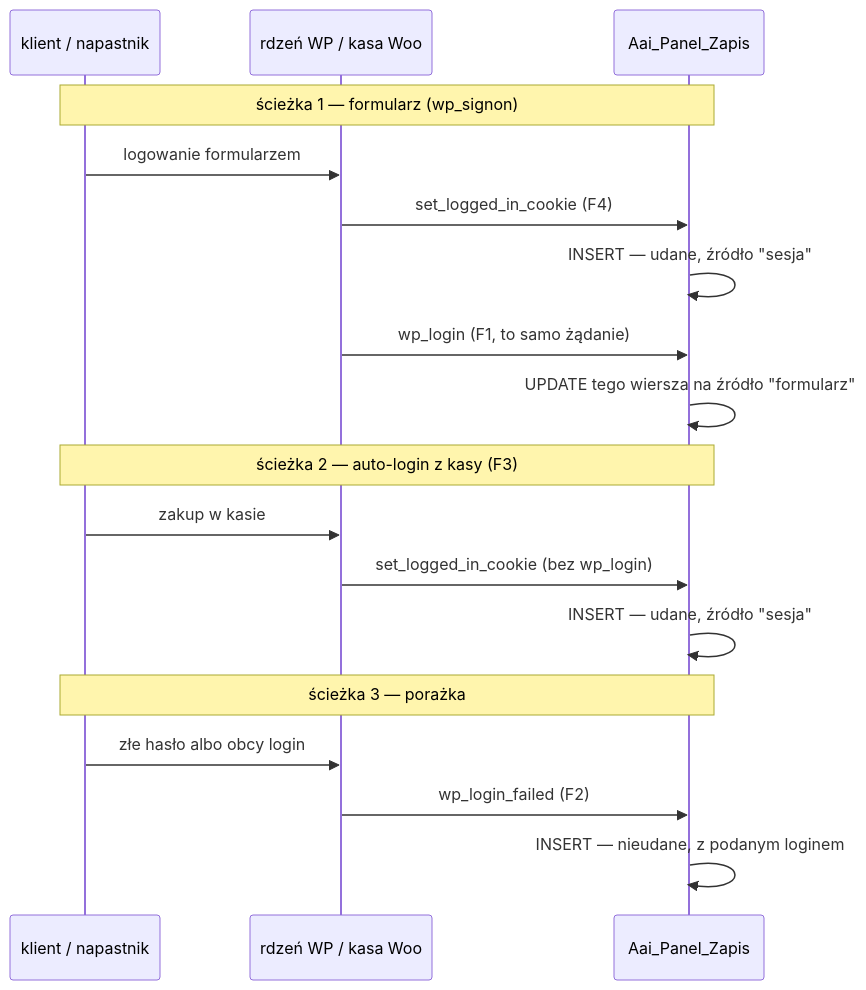
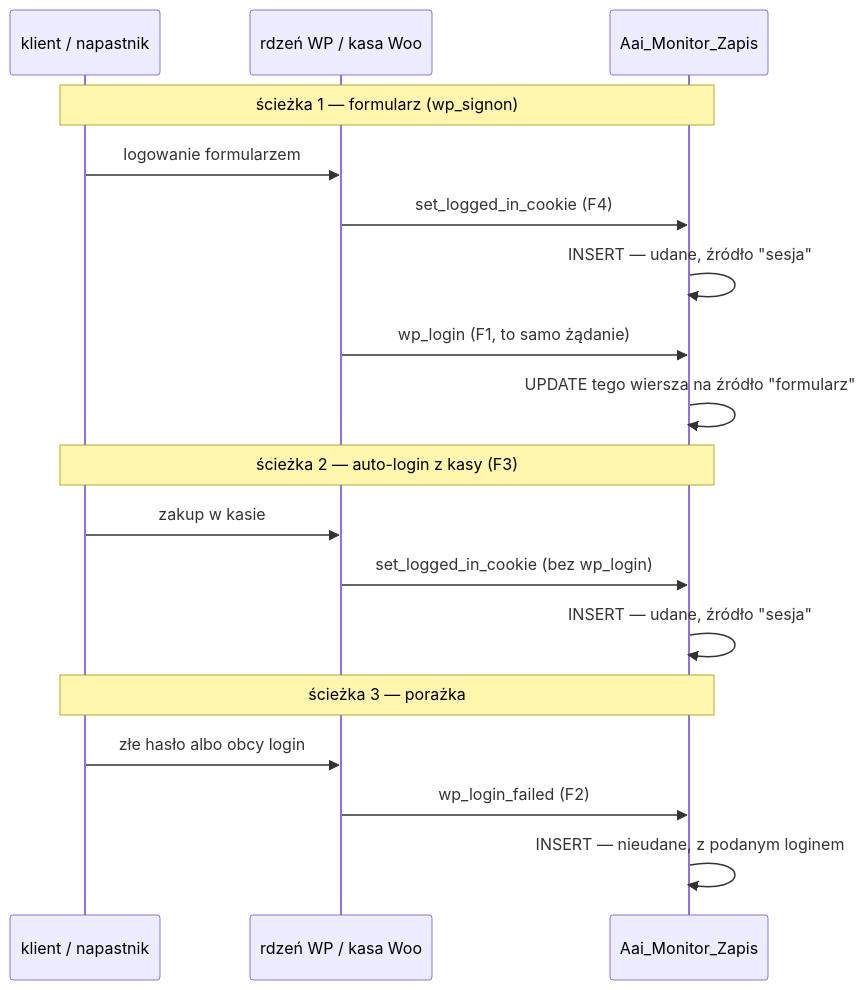
One commit to krzysiek2115op/aai-platforma-szkolen changed the third of 4 diagrams in docs/plugin-3/DIAGRAM.md. Above: the diagram before and after it, drawn with Mermaid. The commit also changed other lines of this file and 1 other file, not shown here.

````diff
--- a/docs/plugin-3/DIAGRAM.md
+++ b/docs/plugin-3/DIAGRAM.md
@@ -259,23 +260,23 @@
 ```mermaid
 sequenceDiagram
     participant K as klient / napastnik
     participant WP as rdzeń WP / kasa Woo
-    participant Z as Aai_Panel_Zapis
+    participant Z as Aai_Monitor_Zapis
 
     Note over K,Z: ścieżka 1 — formularz (wp_signon)
     K->>WP: logowanie formularzem
     WP->>Z: set_logged_in_cookie (F4)
     Z->>Z: INSERT — udane, źródło "sesja"
     WP->>Z: wp_login (F1, to samo żądanie)
     Z->>Z: UPDATE tego wiersza na źródło "formularz"
 
     Note over K,Z: ścieżka 2 — auto-login z kasy (F3)
     K->>WP: zakup w kasie
     WP->>Z: set_logged_in_cookie (bez wp_login)
     Z->>Z: INSERT — udane, źródło "sesja"
 
     Note over K,Z: ścieżka 3 — porażka
     K->>WP: złe hasło albo obcy login
     WP->>Z: wp_login_failed (F2)
     Z->>Z: INSERT — nieudane, z podanym loginem
 ```
````
